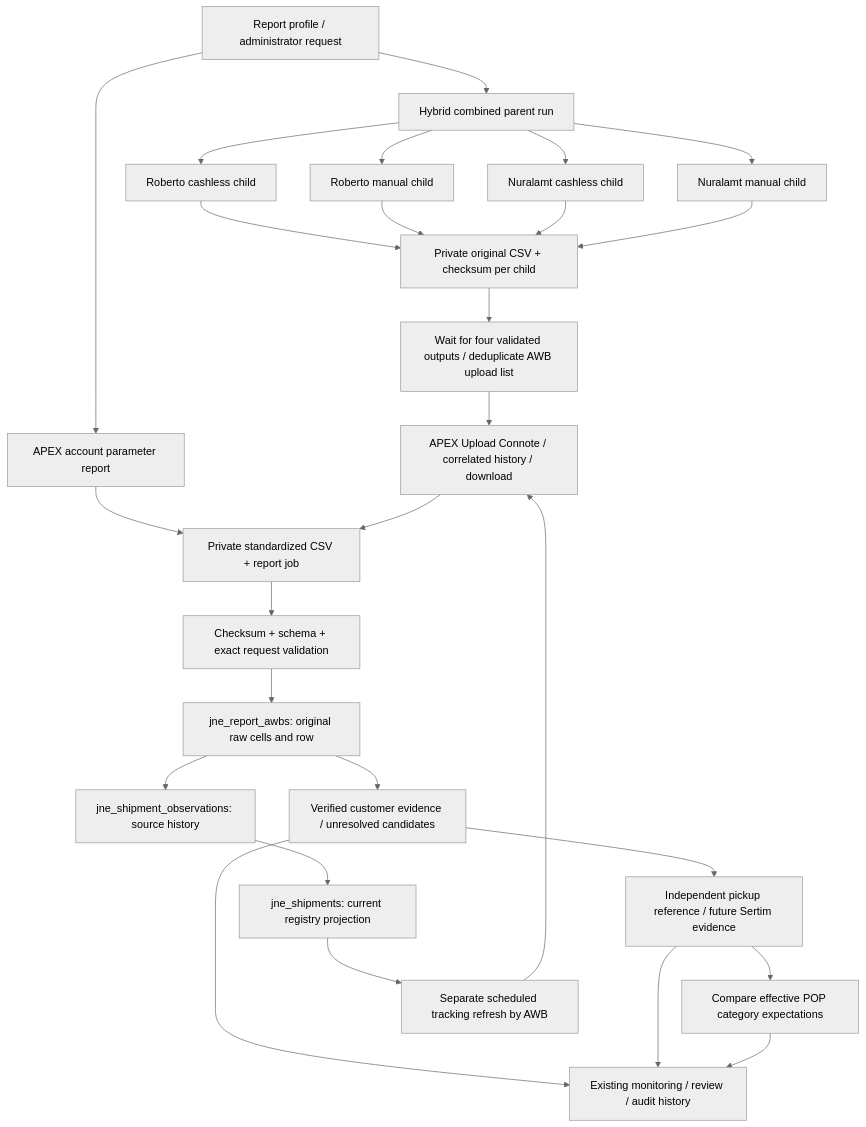
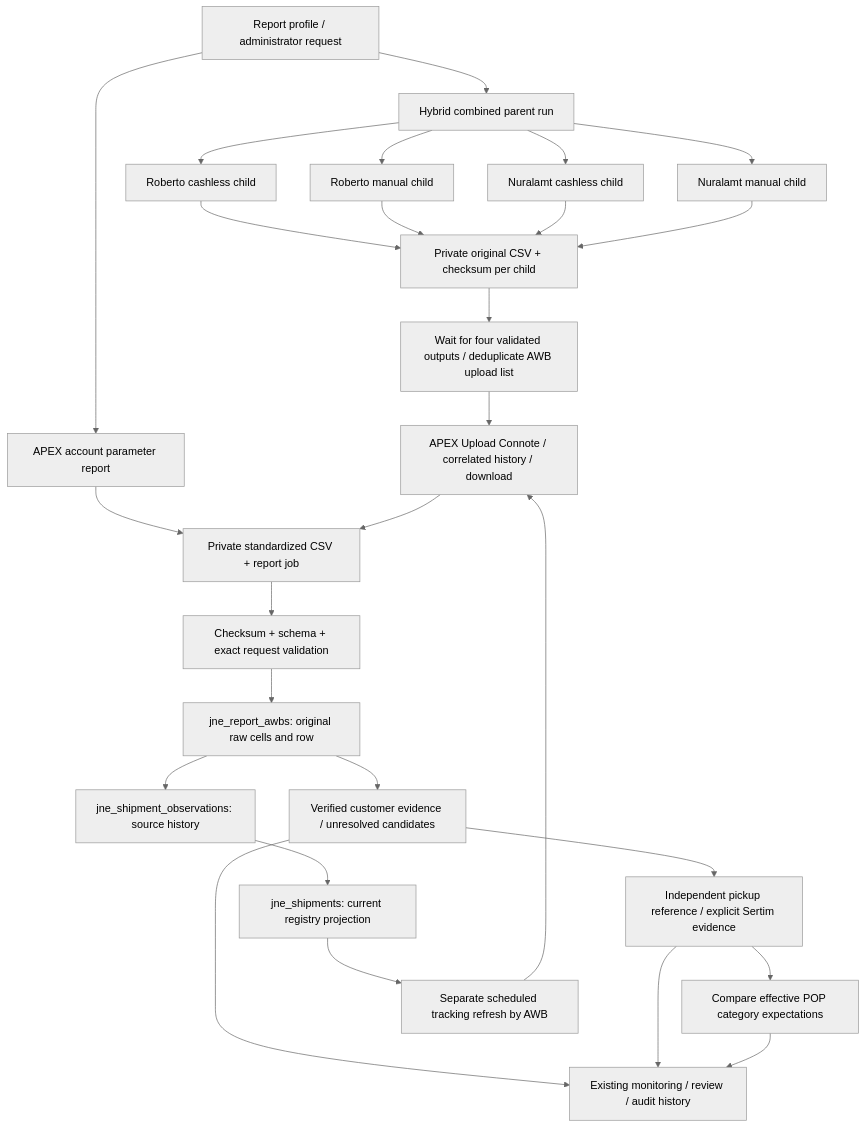
The diagram in docs/jne-reconciliation/data-flow.md (ifxxca/dust), drawn with Mermaid (neutral theme) before and after one commit. The commit also changed other lines of this file and 17 other files, not shown here.

````diff
--- a/docs/jne-reconciliation/data-flow.md
+++ b/docs/jne-reconciliation/data-flow.md
@@ -3,24 +3,24 @@
 ```mermaid
 flowchart TD
     P[Report profile / administrator request] --> H[Hybrid combined parent run]
     H --> R1[Roberto cashless child]
     H --> R2[Roberto manual child]
     H --> N1[Nuralamt cashless child]
     H --> N2[Nuralamt manual child]
     R1 & R2 & N1 & N2 --> S[Private original CSV + checksum per child]
     S --> C[Wait for four validated outputs / deduplicate AWB upload list]
     C --> A[APEX Upload Connote / correlated history / download]
     P --> Q[APEX account parameter report]
     Q --> F[Private standardized CSV + report job]
     A --> F
     F --> I[Checksum + schema + exact request validation]
     I --> RAW[jne_report_awbs: original raw cells and row]
     RAW --> O[jne_shipment_observations: source history]
     O --> REG[jne_shipments: current registry projection]
     RAW --> ID[Verified customer evidence / unresolved candidates]
-    ID --> PK[Independent pickup reference / future Sertim evidence]
+    ID --> PK[Independent pickup reference / explicit Sertim evidence]
     PK --> REC[Compare effective POP category expectations]
     REG --> T[Separate scheduled tracking refresh by AWB]
     T --> A
     ID & PK & REC --> EX[Existing monitoring / review / audit history]
 ```
````
